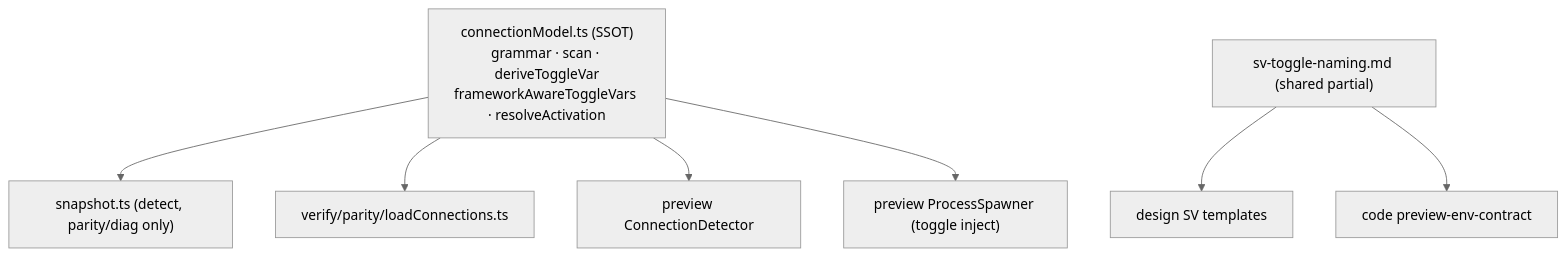
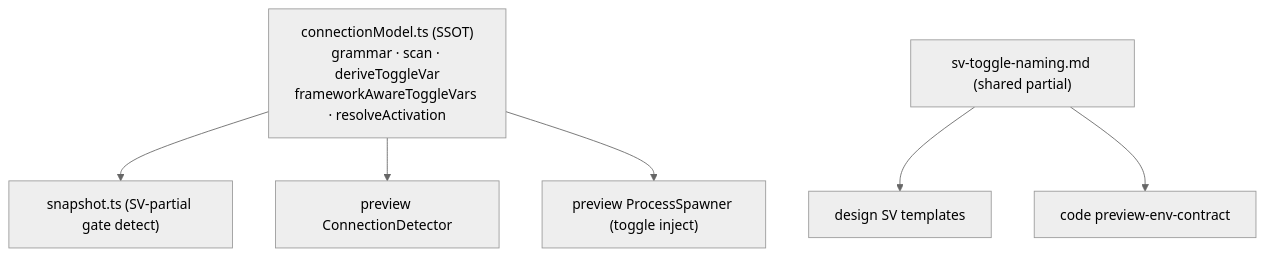
One commit to to-nexus/ant changed the second of 3 diagrams in docs/internals/38-service-virtualization.md. Above: the diagram before and after it, drawn with Mermaid (neutral theme). The commit also changed other lines of this file and 22 other files, not shown here.

````diff
--- a/docs/internals/38-service-virtualization.md
+++ b/docs/internals/38-service-virtualization.md
@@ -95,11 +96,10 @@
 ```mermaid
 flowchart TD
   CM["connectionModel.ts (SSOT)<br/>grammar · scan · deriveToggleVar<br/>frameworkAwareToggleVars · resolveActivation"]
-  CM --> SNAP["snapshot.ts (detect, parity/diag only)"]
-  CM --> PAR["verify/parity/loadConnections.ts"]
+  CM --> SNAP["snapshot.ts (SV-partial gate detect)"]
   CM --> DET["preview ConnectionDetector"]
   CM --> SPAWN["preview ProcessSpawner (toggle inject)"]
   NAME["sv-toggle-naming.md (shared partial)"]
   NAME --> DPROMPT["design SV templates"]
   NAME --> CPROMPT["code preview-env-contract"]
 ```
````
